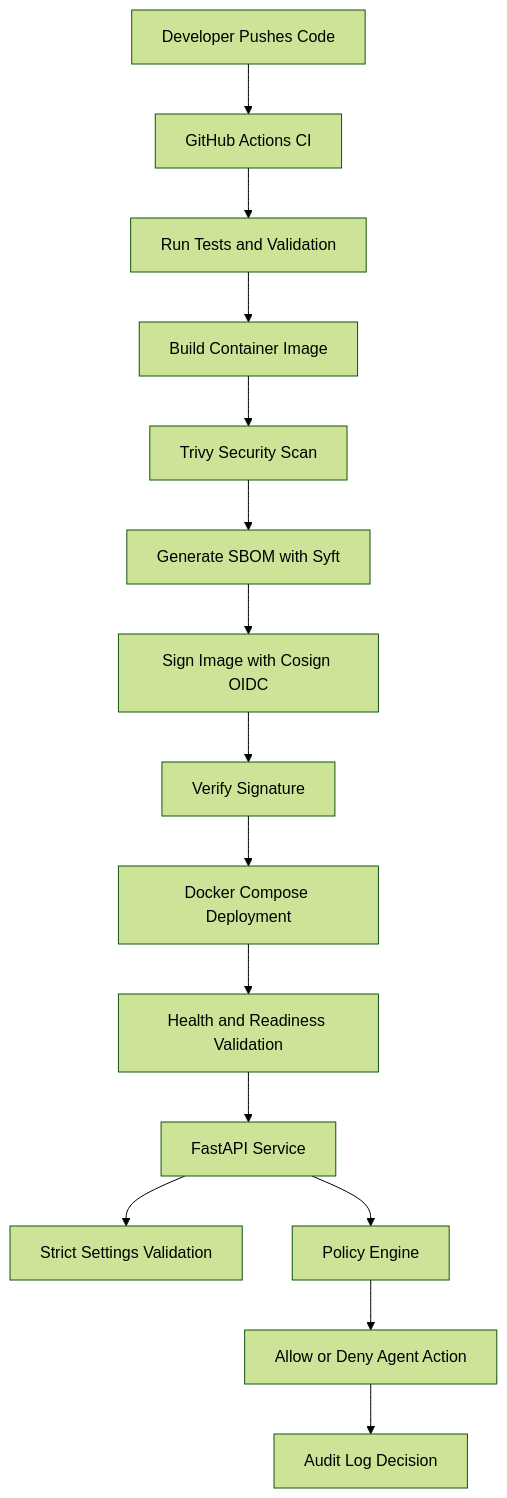
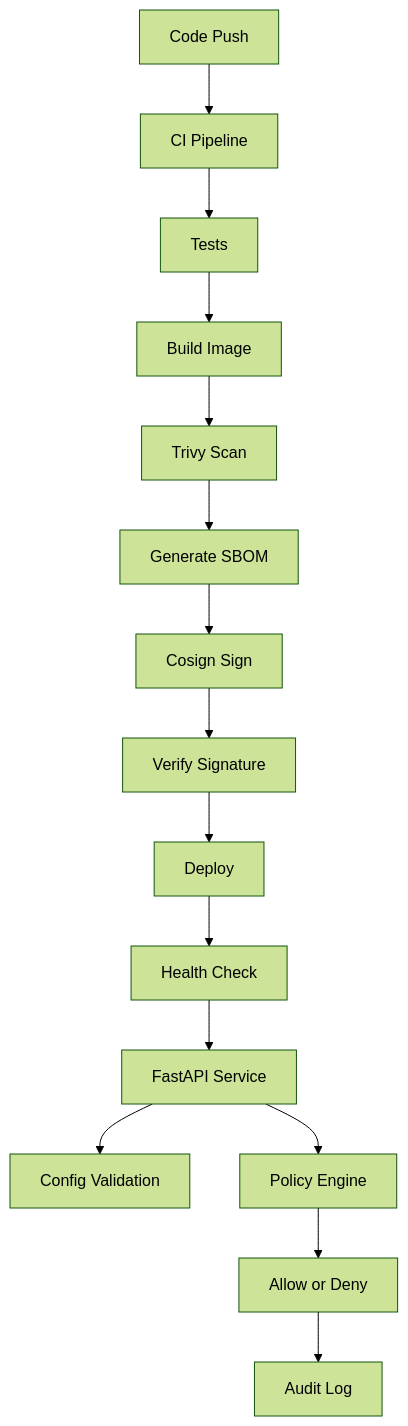
Before and after one commit to IzharHaq1986/secure-ml-deployment-pipeline: the diagram in README.md, drawn with Mermaid (forest theme). The commit also changed other lines of this file, not shown here.

Commit message:
docs: trigger mermaid re-render for architecture diagram

````diff
--- a/README.md
+++ b/README.md
@@ -147,18 +147,18 @@
 ```mermaid
 flowchart TD
-    A[Developer Pushes Code] --> B[GitHub Actions CI]
-    B --> C[Run Tests and Validation]
-    C --> D[Build Container Image]
-    D --> E[Trivy Security Scan]
-    E --> F[Generate SBOM with Syft]
-    F --> G[Sign Image with Cosign OIDC]
+    A[Code Push] --> B[CI Pipeline]
+    B --> C[Tests]
+    C --> D[Build Image]
+    D --> E[Trivy Scan]
+    E --> F[Generate SBOM]
+    F --> G[Cosign Sign]
     G --> H[Verify Signature]
-    H --> I[Docker Compose Deployment]
-    I --> J[Health and Readiness Validation]
+    H --> I[Deploy]
+    I --> J[Health Check]
 
     J --> K[FastAPI Service]
-    K --> L[Strict Settings Validation]
+    K --> L[Config Validation]
     K --> M[Policy Engine]
-    M --> N[Allow or Deny Agent Action]
-    N --> O[Audit Log Decision]
+    M --> N[Allow or Deny]
+    N --> O[Audit Log]
 ```
````
